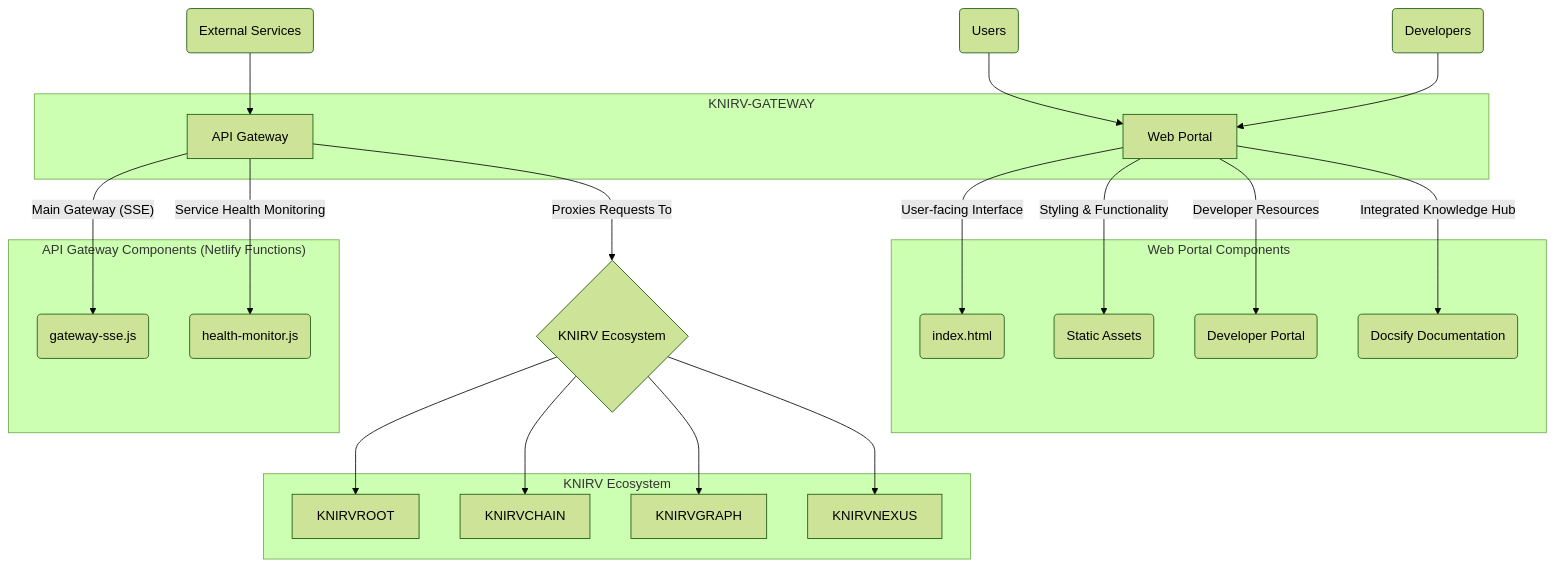
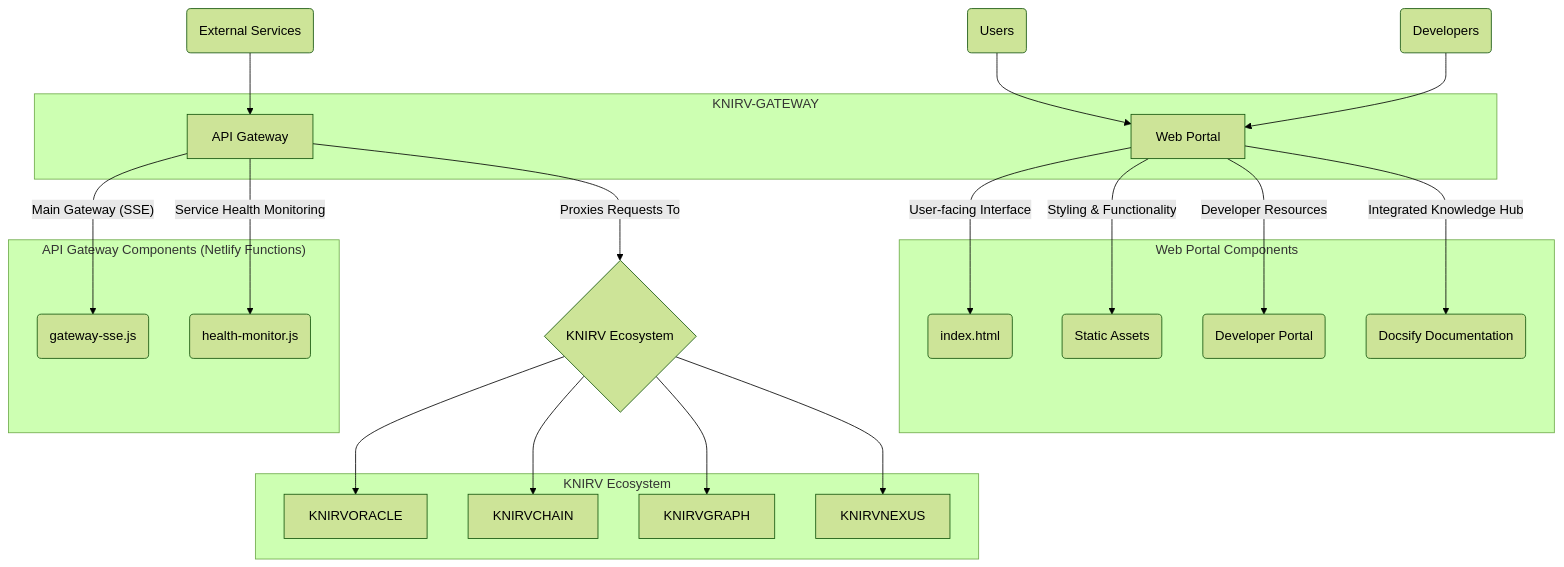
One commit to guiperry/KNIRV_NETWORK changed the diagram in KNIRVGATEWAY/documentation/docsify/whitepapers/KNIRV-GATEWAY_Whitepaper.md. Above: the diagram before and after it, drawn with Mermaid (forest theme). The commit also changed other lines of this file and 1956 other files, not shown here.

````diff
--- a/KNIRVGATEWAY/documentation/docsify/whitepapers/KNIRV-GATEWAY_Whitepaper.md
+++ b/KNIRVGATEWAY/documentation/docsify/whitepapers/KNIRV-GATEWAY_Whitepaper.md
@@ -23,45 +23,45 @@
 ```mermaid
 graph TD
     subgraph KNIRV-GATEWAY
         A[Web Portal]
         B[API Gateway]
     end
 
     subgraph "Web Portal Components"
         A1(index.html)
         A2(Static Assets)
         A3(Developer Portal)
         A4(Docsify Documentation)
     end
 
     subgraph "API Gateway Components (Netlify Functions)"
         B1(gateway-sse.js)
         B2(health-monitor.js)
     end
 
     A -- "User-facing Interface" --> A1
     A -- "Styling & Functionality" --> A2
     A -- "Developer Resources" --> A3
     A -- "Integrated Knowledge Hub" --> A4
 
     B -- "Main Gateway (SSE)" --> B1
     B -- "Service Health Monitoring" --> B2
 
     C(Users) --> A
     D(Developers) --> A
     E(External Services) --> B
 
     B -- "Proxies Requests To" --> F{KNIRV Ecosystem}
 
     subgraph "KNIRV Ecosystem"
-        G[KNIRVROOT]
+        G[KNIRVORACLE]
         H[KNIRVCHAIN]
         I[KNIRVGRAPH]
         J[KNIRVNEXUS]
     end
 
     F --> G
     F --> H
     F --> I
     F --> J
 ```
````
